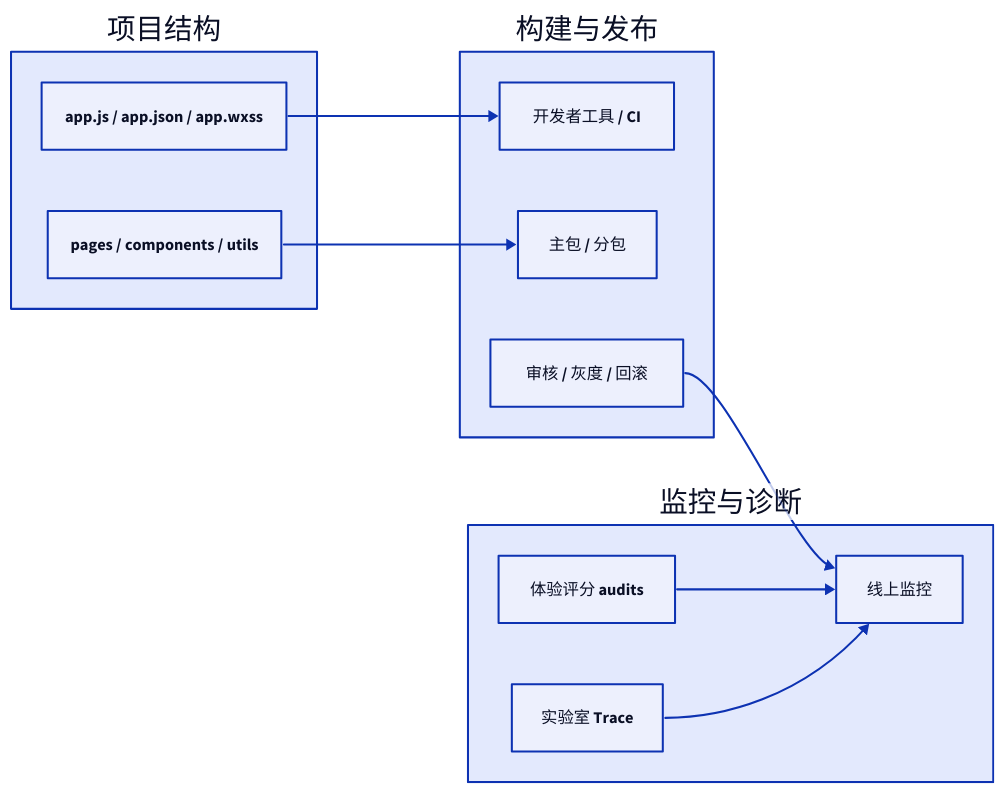
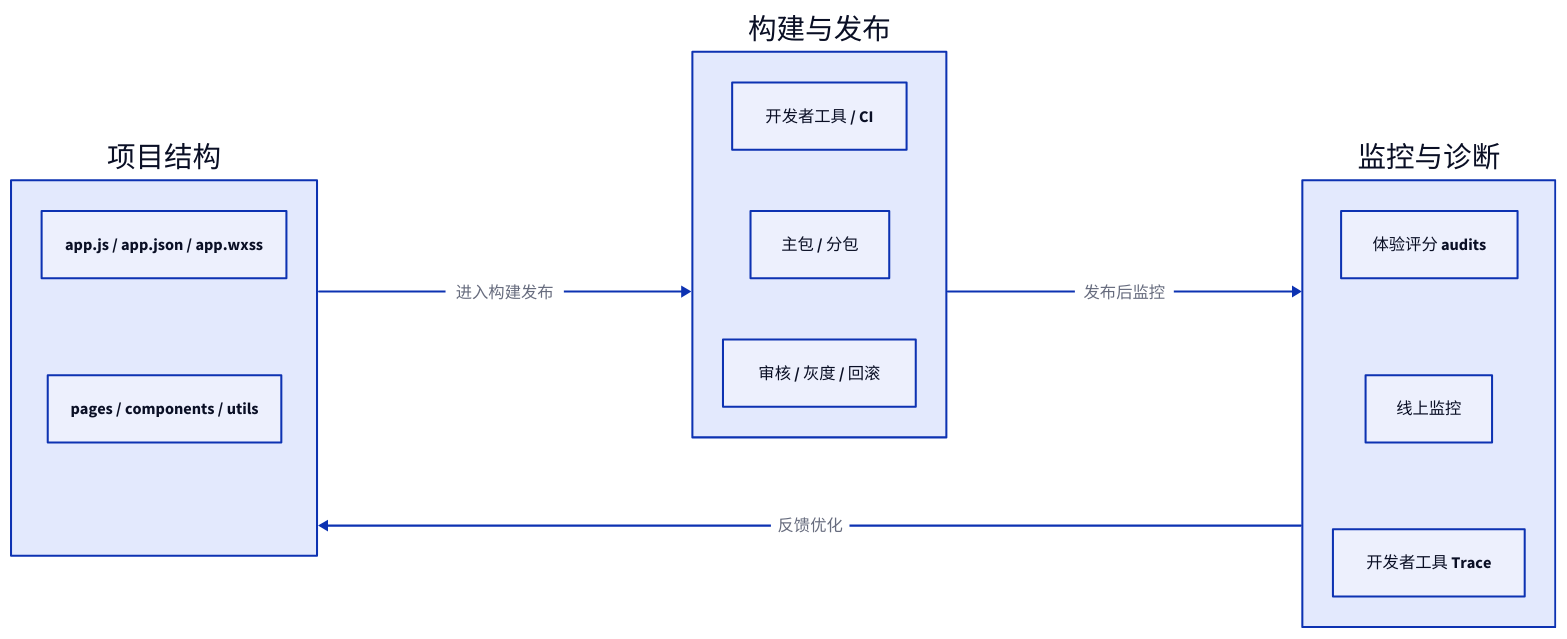
Before and after one commit to youngluo/thinking: the seventh of 8 diagrams in apps/docs/experiences/微信小程序/原理与实践.md, drawn with D2. The commit also changed other lines of this file and 3 other files, not shown here.

````diff
--- a/apps/docs/experiences/微信小程序/原理与实践.md
+++ b/apps/docs/experiences/微信小程序/原理与实践.md
@@ -428,32 +431,30 @@
 ```d2
 direction: right
 
 P1: 项目结构 {
   class: group
 
   A: app.js / app.json / app.wxss
   B: pages / components / utils
 }
 
 P2: 构建与发布 {
   class: group
 
   C: 开发者工具 / CI
   D: 主包 / 分包
   E: 审核 / 灰度 / 回滚
 }
 
 P3: 监控与诊断 {
   class: group
 
   F: 体验评分 audits
   G: 线上监控
-  H: 实验室 Trace
+  H: 开发者工具 Trace
 }
 
-P1.A -> P2.C
-P1.B -> P2.D
-P2.E -> P3.G
-P3.F -> P3.G
-P3.H -> P3.G
+P1 -> P2: 进入构建发布
+P2 -> P3: 发布后监控
+P3 -> P1: 反馈优化
 ```
````
